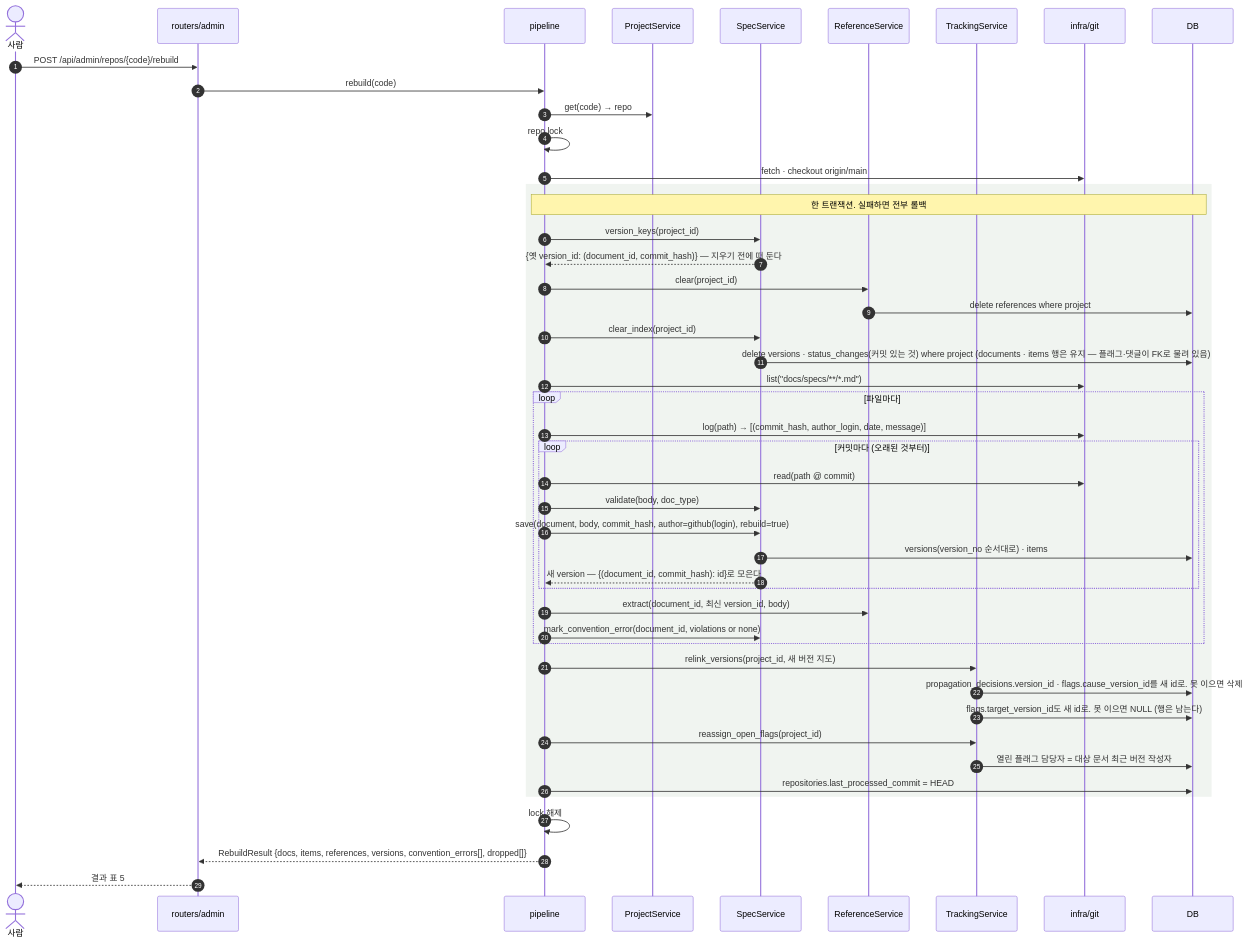
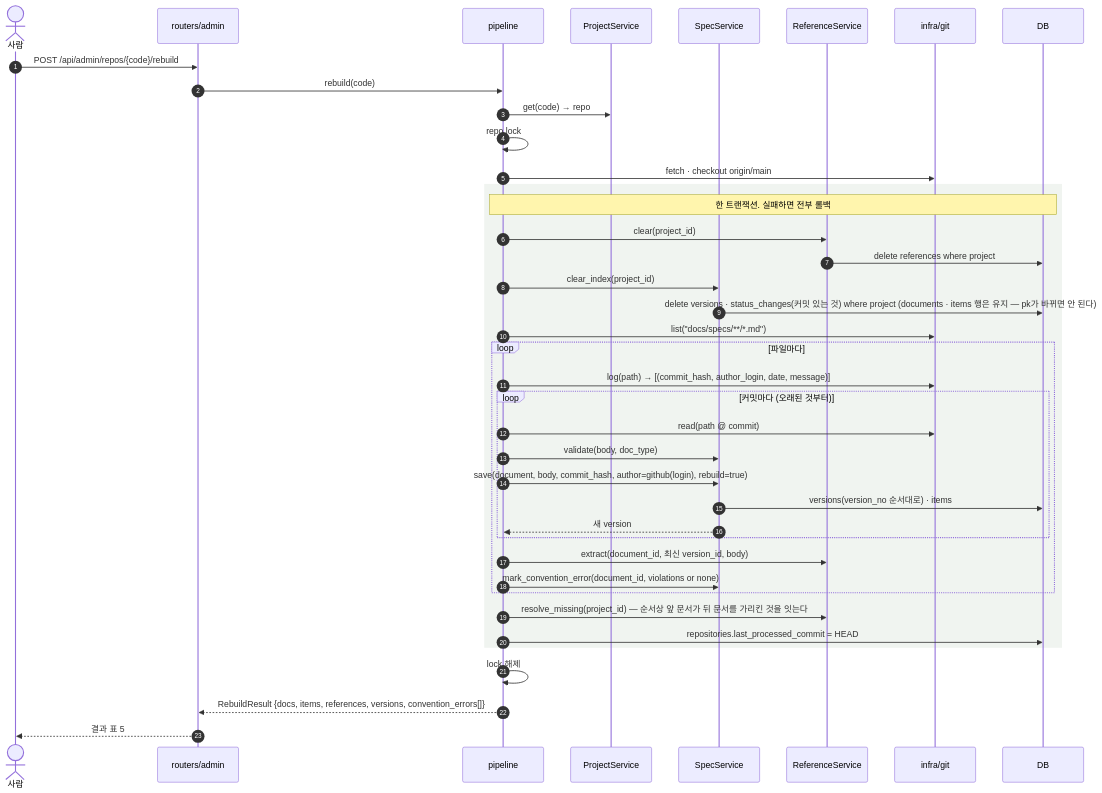
Diagram 17 of 22 in docs/specs/09-SEQ/SYNC-SEQ-001.md (HoyoungParkme/syncdoc), drawn with Mermaid before and after one commit. The commit also changed other lines of this file and 100 other files, not shown here.

````diff
--- a/docs/specs/09-SEQ/SYNC-SEQ-001.md
+++ b/docs/specs/09-SEQ/SYNC-SEQ-001.md
@@ -1053,50 +813,43 @@
 ```mermaid
 sequenceDiagram
     autonumber
     actor U as 사람
     participant RA as routers/admin
     participant P as pipeline
     participant PS as ProjectService
     participant S as SpecService
     participant R as ReferenceService
-    participant T as TrackingService
     participant G as infra/git
     participant DB
 
     U->>RA: POST /api/admin/repos/{code}/rebuild
     RA->>P: rebuild(code)
     P->>PS: get(code) → repo
     P->>P: repo lock
     P->>G: fetch · checkout origin/main
     rect rgb(240,244,240)
         Note over P,DB: 한 트랜잭션. 실패하면 전부 롤백
-        P->>S: version_keys(project_id)
-        S-->>P: {옛 version_id: (document_id, commit_hash)} — 지우기 전에 떠 둔다
         P->>R: clear(project_id)
         R->>DB: delete references where project
         P->>S: clear_index(project_id)
-        S->>DB: delete versions · status_changes(커밋 있는 것) where project (documents · items 행은 유지 — 플래그·댓글이 FK로 물려 있음)
+        S->>DB: delete versions · status_changes(커밋 있는 것) where project (documents · items 행은 유지 — pk가 바뀌면 안 된다)
         P->>G: list("docs/specs/**/*.md")
         loop 파일마다
             P->>G: log(path) → [(commit_hash, author_login, date, message)]
             loop 커밋마다 (오래된 것부터)
                 P->>G: read(path @ commit)
                 P->>S: validate(body, doc_type)
                 P->>S: save(document, body, commit_hash, author=github(login), rebuild=true)
                 S->>DB: versions(version_no 순서대로) · items
-                S-->>P: 새 version — {(document_id, commit_hash): id}로 모은다
+                S-->>P: 새 version
             end
             P->>R: extract(document_id, 최신 version_id, body)
             P->>S: mark_convention_error(document_id, violations or none)
         end
-        P->>T: relink_versions(project_id, 새 버전 지도)
-        T->>DB: propagation_decisions.version_id · flags.cause_version_id를 새 id로. 못 이으면 삭제
-        T->>DB: flags.target_version_id도 새 id로. 못 이으면 NULL (행은 남는다)
-        P->>T: reassign_open_flags(project_id)
-        T->>DB: 열린 플래그 담당자 = 대상 문서 최근 버전 작성자
+        P->>R: resolve_missing(project_id) — 순서상 앞 문서가 뒤 문서를 가리킨 것을 잇는다
         P->>DB: repositories.last_processed_commit = HEAD
     end
     P->>P: lock 해제
-    P-->>RA: RebuildResult {docs, items, references, versions, convention_errors[], dropped[]}
+    P-->>RA: RebuildResult {docs, items, references, versions, convention_errors[]}
     RA-->>U: 결과 표 5
 ```
````
